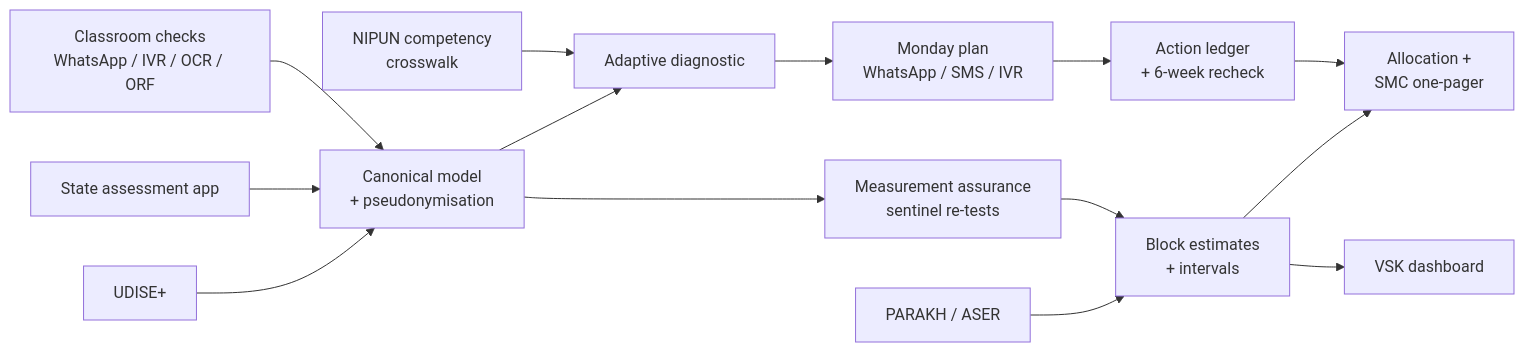
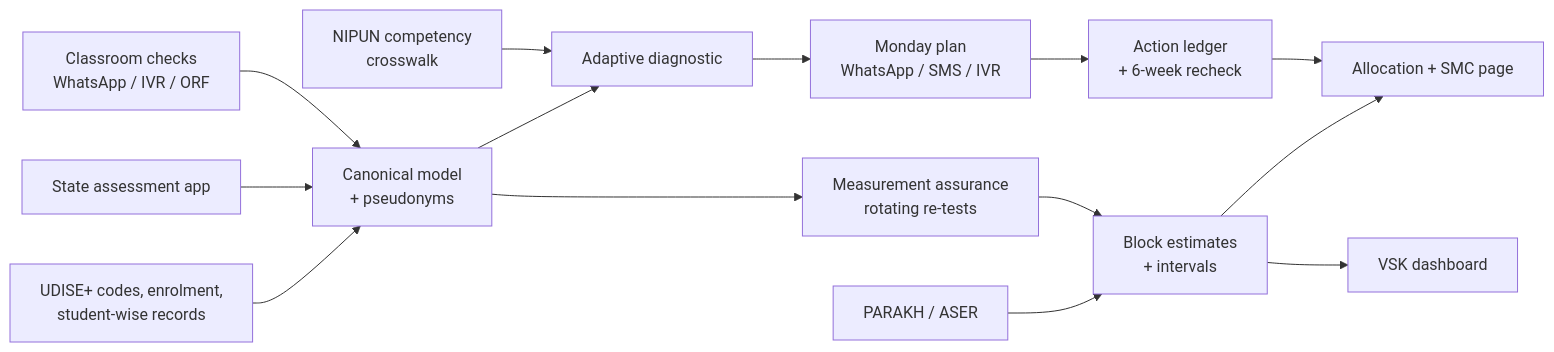
Before and after one commit to imdigitalashish/techfest-2026: the diagram in india71-t2-learning/deliverables/round1-proposal.md, drawn with Mermaid. The commit also changed other lines of this file and 22 other files, not shown here.

Commit message:
india71-t2-learning: morning package — landscape, per-component notes, proposal v0.2 with verified evidence, architecture.md, C6 benchmarking fix, ASER calibration, journal

````diff
--- a/india71-t2-learning/deliverables/round1-proposal.md
+++ b/india71-t2-learning/deliverables/round1-proposal.md
@@ -47,16 +63,16 @@
 ```mermaid
 flowchart LR
-  U[UDISE+] --> C2
+  U[UDISE+ codes, enrolment,<br/>student-wise records] --> C2
   S[State assessment app] --> C2
-  K[Classroom checks<br/>WhatsApp / IVR / OCR / ORF] --> C2
+  K[Classroom checks<br/>WhatsApp / IVR / ORF] --> C2
   P[PARAKH / ASER] --> C6
-  C2[Canonical model<br/>+ pseudonymisation] --> C4[Adaptive diagnostic]
+  C2[Canonical model<br/>+ pseudonyms] --> C4[Adaptive diagnostic]
   C3[NIPUN competency<br/>crosswalk] --> C4
   C4 --> C7[Monday plan<br/>WhatsApp / SMS / IVR]
   C7 --> C11[Action ledger<br/>+ 6-week recheck]
-  C2 --> C5[Measurement assurance<br/>sentinel re-tests]
+  C2 --> C5[Measurement assurance<br/>rotating re-tests]
   C5 --> C6[Block estimates<br/>+ intervals]
-  C6 --> C9[Allocation +<br/>SMC one-pager]
+  C6 --> C9[Allocation + SMC page]
   C6 --> V[VSK dashboard]
   C11 --> C9
 ```
````
